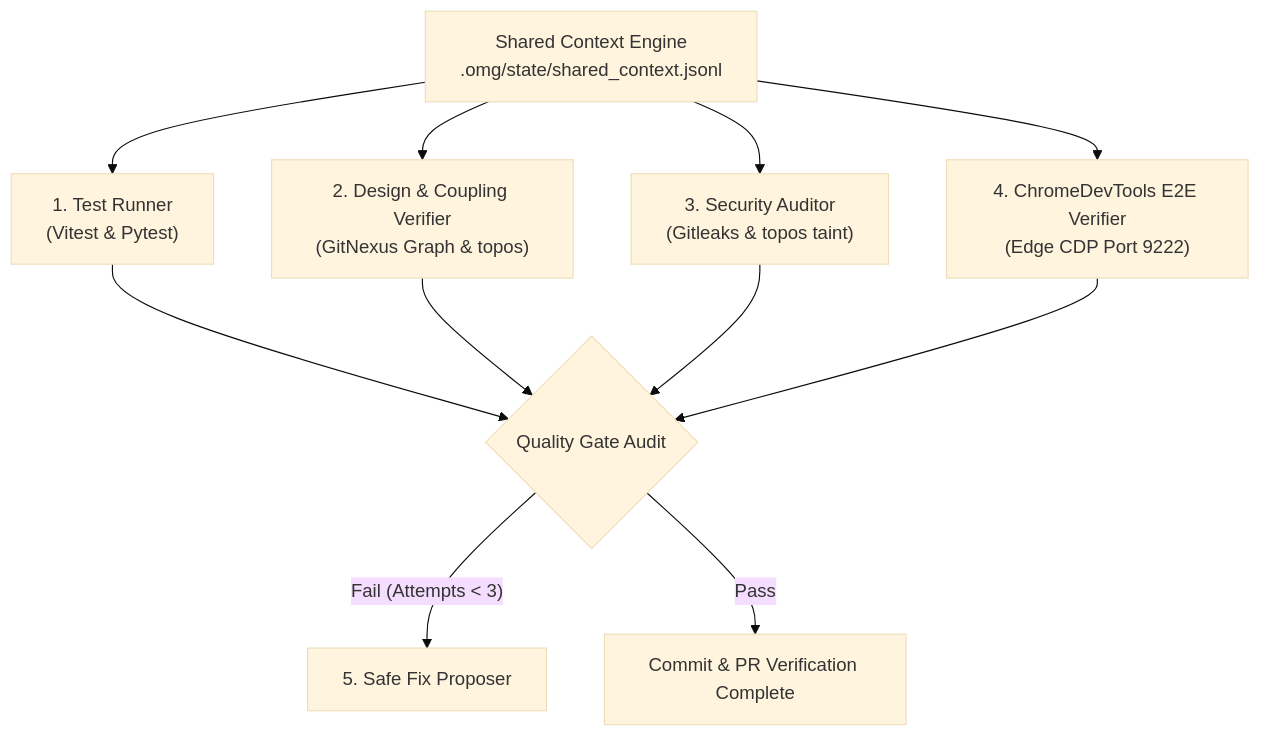
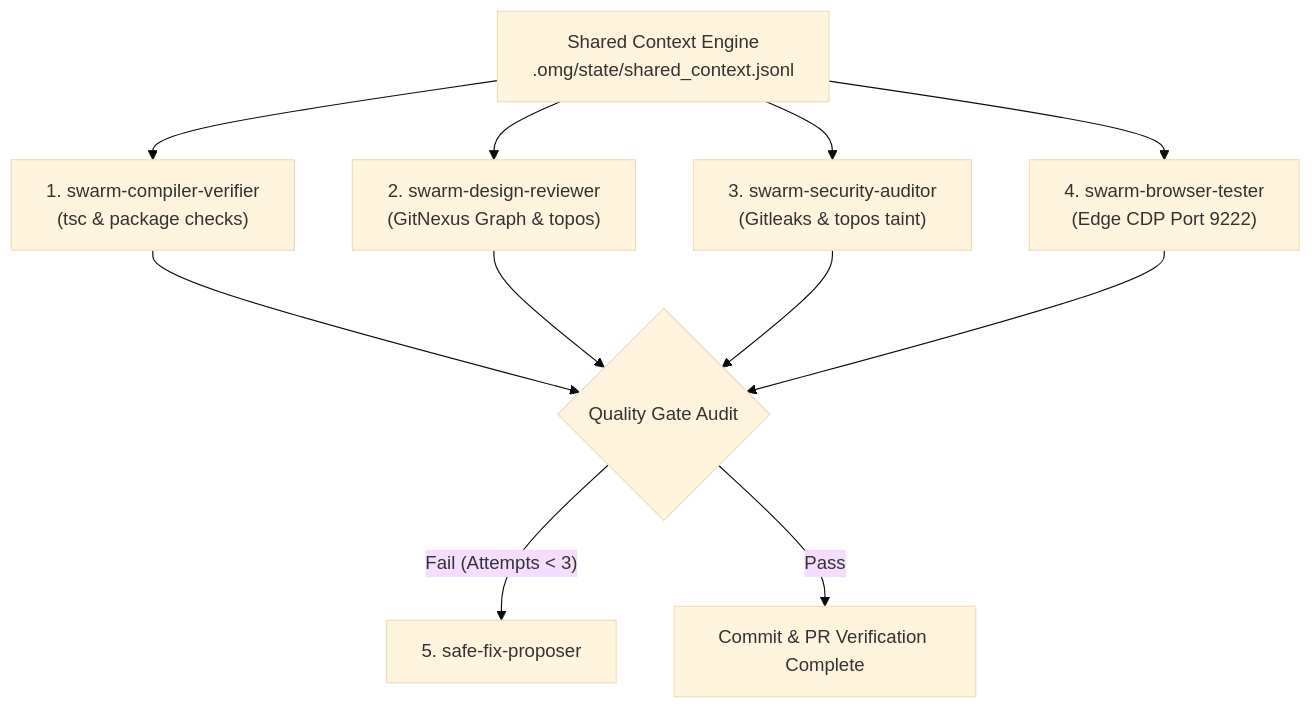
One commit to lloyd1515/Meridian-Onboarding-WebApp changed the diagram in .agents/skills/subagent-swarm/SKILL.md. Above: the diagram before and after it, drawn with Mermaid (base theme). The commit also changed other lines of this file and 1 other file, not shown here.

First line of the commit message:
feat(ci): Enforce Swarm Coordinator isolation

````diff
--- a/.agents/skills/subagent-swarm/SKILL.md
+++ b/.agents/skills/subagent-swarm/SKILL.md
@@ -27,11 +39,11 @@
 ```mermaid
 flowchart TD
-    SCE["Shared Context Engine<br/>.omg/state/shared_context.jsonl"] --> TR["1. Test Runner<br/>(Vitest & Pytest)"]
-    SCE --> VER["2. Design & Coupling Verifier<br/>(GitNexus Graph & topos)"]
-    SCE --> SEC["3. Security Auditor<br/>(Gitleaks & topos taint)"]
-    SCE --> E2E["4. ChromeDevTools E2E Verifier<br/>(Edge CDP Port 9222)"]
+    SCE["Shared Context Engine<br/>.omg/state/shared_context.jsonl"] --> TR["1. swarm-compiler-verifier<br/>(tsc & package checks)"]
+    SCE --> VER["2. swarm-design-reviewer<br/>(GitNexus Graph & topos)"]
+    SCE --> SEC["3. swarm-security-auditor<br/>(Gitleaks & topos taint)"]
+    SCE --> E2E["4. swarm-browser-tester<br/>(Edge CDP Port 9222)"]
     
     TR & VER & SEC & E2E --> Gate{"Quality Gate Audit"}
-    Gate -- "Fail (Attempts < 3)" --> Fixer["5. Safe Fix Proposer"]
+    Gate -- "Fail (Attempts < 3)" --> Fixer["5. safe-fix-proposer"]
     Gate -- "Pass" --> Finish["Commit & PR Verification Complete"]
 ```
````
